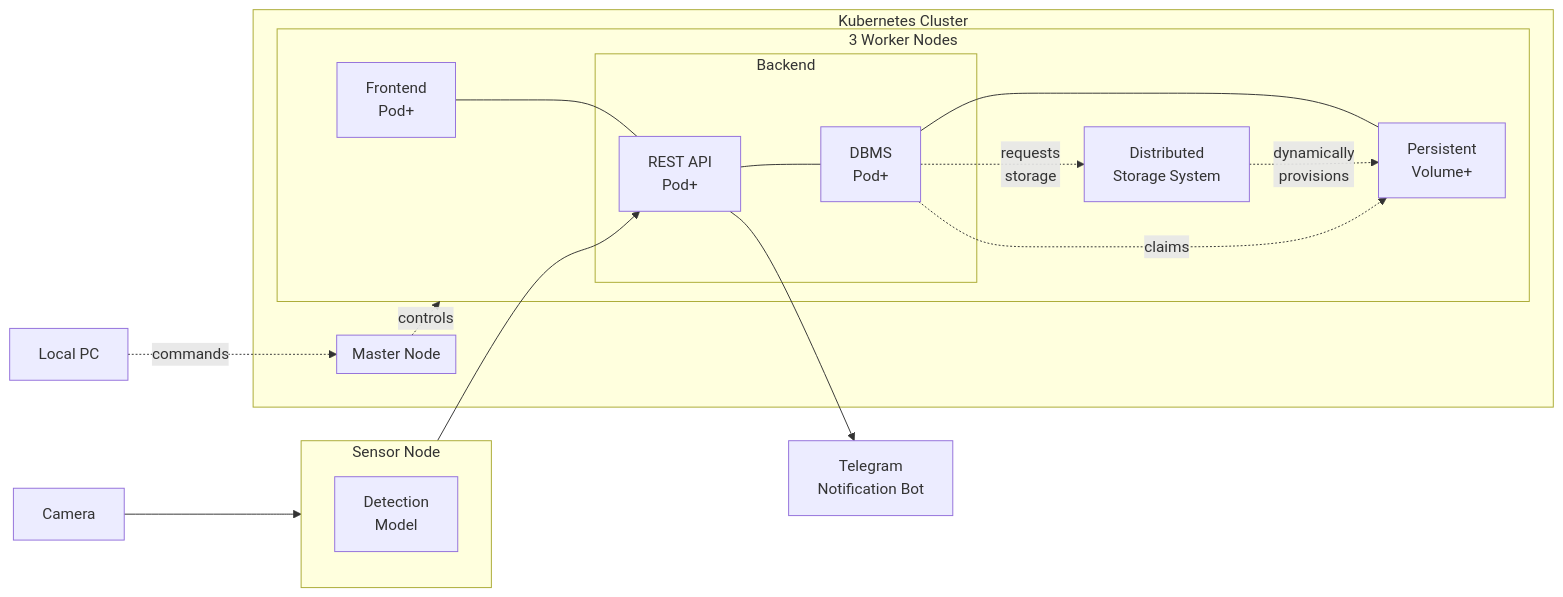
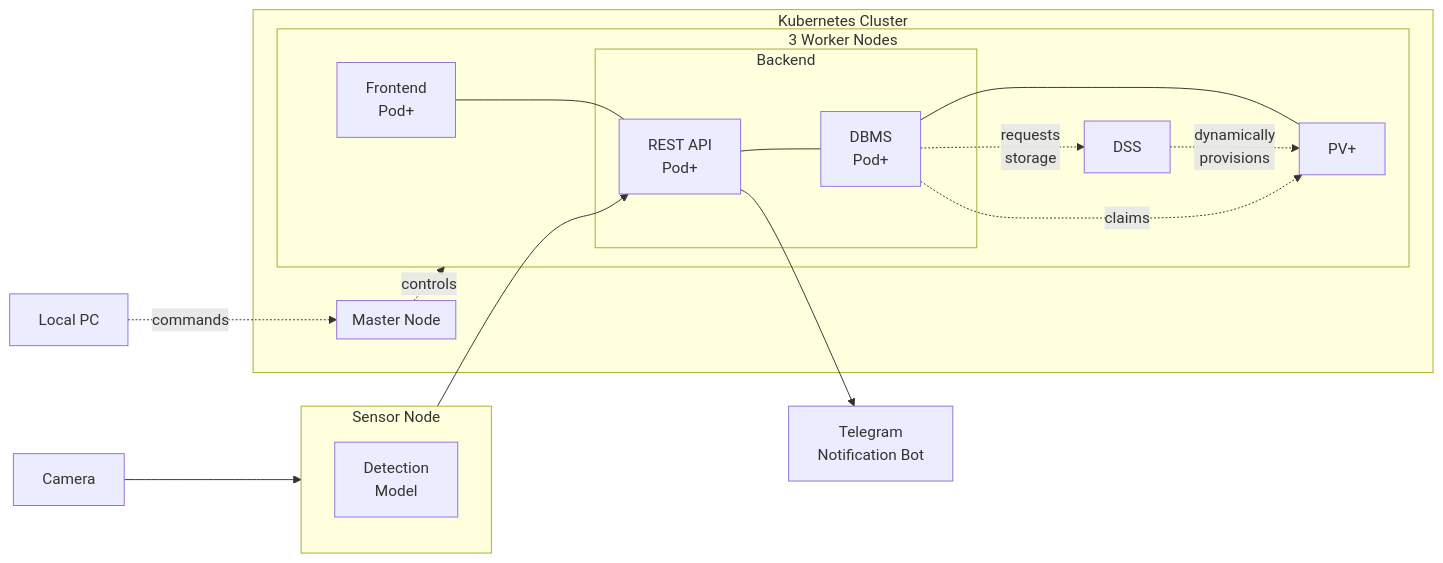
One commit to ccfrauasgr2/pet-detection changed the second of 3 diagrams in docs/Group_2_SS23_ProjectReport.md. Above: the diagram before and after it, drawn with Mermaid. The commit also changed other lines of this file, not shown here.

````diff
--- a/docs/Group_2_SS23_ProjectReport.md
+++ b/docs/Group_2_SS23_ProjectReport.md
@@ -63,36 +63,36 @@
 ```mermaid
 flowchart LR
   camera[Camera]
 
   subgraph sensornode[Sensor Node]
     model[Detection\nModel]
   end
 
   subgraph cluster[Kubernetes Cluster]
 
     subgraph masterNode[Master Node]
       
     end
 
     subgraph workerNode[3 Worker Nodes]
       frontendContainer[Frontend\nPod+]
-      dss[Distributed\nStorage System]
+      dss[DSS]
       subgraph backendContainer[Backend]
         restapiContainer[REST API\nPod+]
         dbmsContainer[DBMS\nPod+]
       end
-      persistentVolume[Persistent\nVolume+]
+      persistentVolume[PV+]
     end 
   end
 
   localPC[Local PC]
   bot[Telegram\nNotification Bot]
 
   restapiContainer --> bot
   localPC -.commands.-> masterNode -.controls.-> workerNode
   frontendContainer --- restapiContainer --- dbmsContainer --- persistentVolume
   camera --> sensornode --> restapiContainer
   dbmsContainer -.requests\nstorage.-> dss -.dynamically\nprovisions.-> persistentVolume
   dbmsContainer -.claims.-> persistentVolume
   
 ```
````
